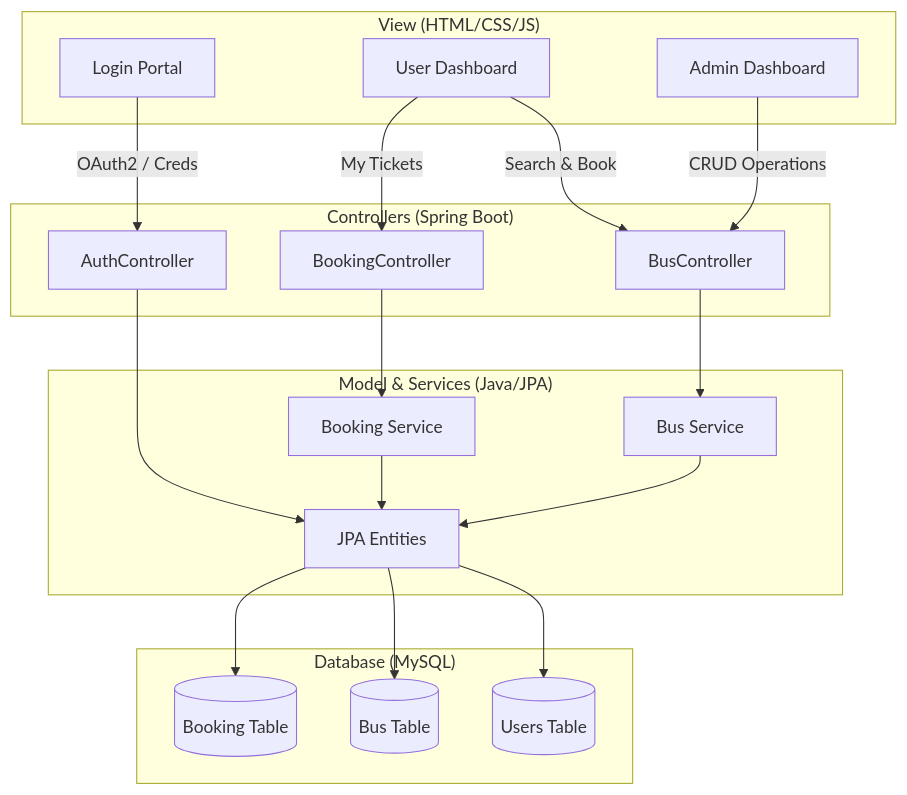
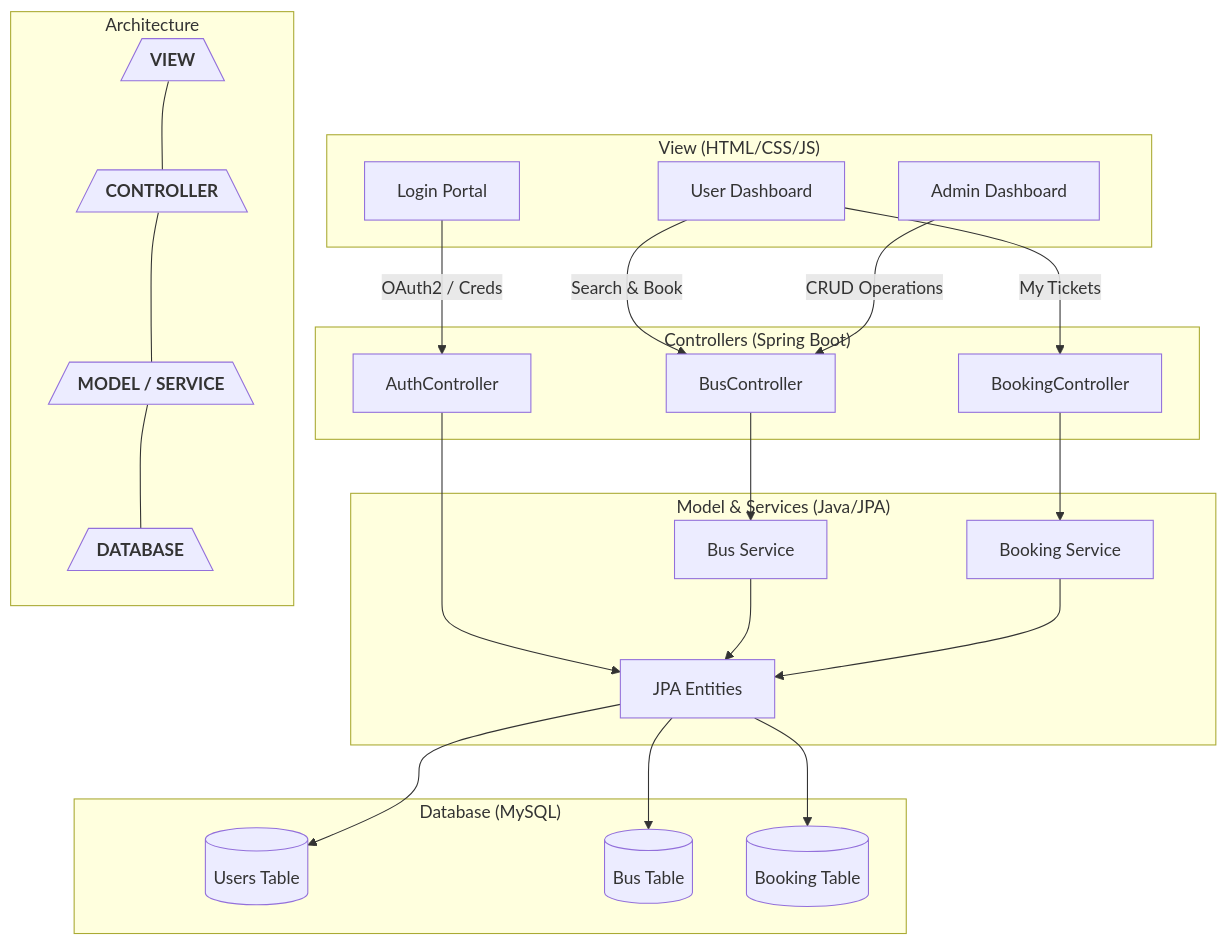
Before and after one commit to Gokulraj-N80/Bus-Booking-System: the diagram in README.md, drawn with Mermaid.

Commit message:
improvising the diagram

````diff
--- a/README.md
+++ b/README.md
@@ -82,47 +82,63 @@
 ```mermaid
 graph TD
+    %% Left Side Layer Labels
+    subgraph Layers ["Architecture"]
+        L1[/"<b>VIEW</b>"\]
+        L2[/"<b>CONTROLLER</b>"\]
+        L3[/"<b>MODEL / SERVICE</b>"\]
+        L4[/"<b>DATABASE</b>"\]
+        
+        L1 --- L2 --- L3 --- L4
+    end
+
     %% Frontend / View Layer
     subgraph View ["View (HTML/CSS/JS)"]
         UI_Home[Login Portal]
         UI_User[User Dashboard]
         UI_Admin[Admin Dashboard]
     end
 
     %% Controller Layer
     subgraph Controllers ["Controllers (Spring Boot)"]
         Ctrl_Auth[AuthController]
         Ctrl_Bus[BusController]
         Ctrl_Booking[BookingController]
     end
 
     %% Model / Service Layer
     subgraph Model ["Model & Services (Java/JPA)"]
         Svc_Bus[Bus Service]
         Svc_Book[Booking Service]
         Entity[JPA Entities]
     end
 
     %% Database Layer
     subgraph Database ["Database (MySQL)"]
         DB_Users[(Users Table)]
         DB_Bus[(Bus Table)]
         DB_Booking[(Booking Table)]
     end
 
+    %% Invisible alignment links to force left-side placement
+    L1 ~~~ UI_Home
+    L2 ~~~ Ctrl_Auth
+    L3 ~~~ Svc_Bus
+    L4 ~~~ DB_Users
+
     %% Connections
     UI_Home -->|OAuth2 / Creds| Ctrl_Auth
     UI_User -->|Search & Book| Ctrl_Bus
     UI_User -->|My Tickets| Ctrl_Booking
     UI_Admin -->|CRUD Operations| Ctrl_Bus
 
     Ctrl_Auth --> Entity
     Ctrl_Bus --> Svc_Bus
     Ctrl_Booking --> Svc_Book
 
     Svc_Bus --> Entity
     Svc_Book --> Entity
 
     Entity --> DB_Users
     Entity --> DB_Bus
     Entity --> DB_Booking
 ```
````
